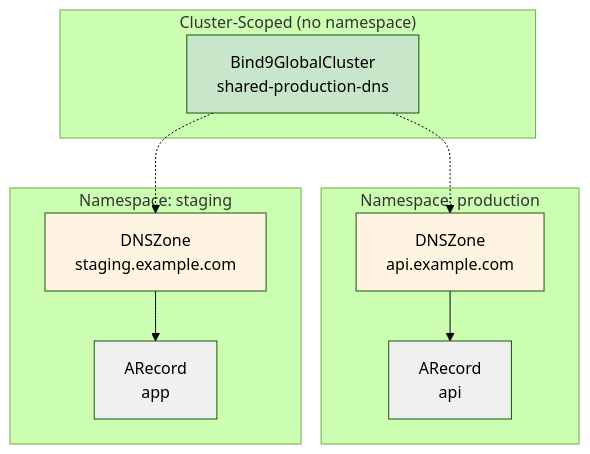
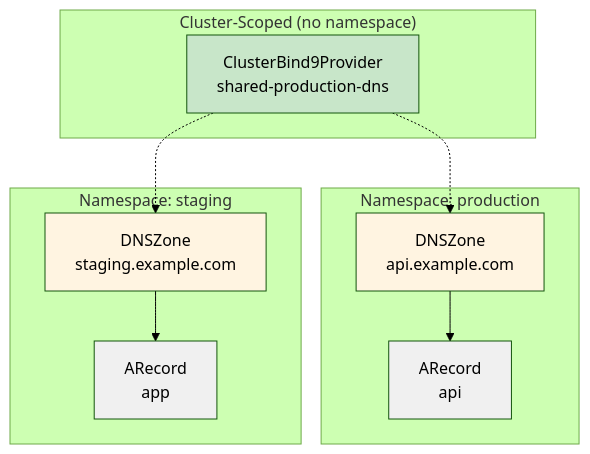
The second of 9 diagrams in docs/src/guide/architecture.md (firestoned/bindy), drawn with Mermaid (forest theme) before and after one commit. The commit also changed other lines of this file and 42 other files, not shown here.

Commit message:
Major: rename CRD Bind9GlobalCluster to ClusterBind9Provider

````diff
--- a/docs/src/guide/architecture.md
+++ b/docs/src/guide/architecture.md
@@ -79,27 +79,27 @@
 ```mermaid
 graph TB
     subgraph "Cluster-Scoped (no namespace)"
-        GlobalCluster[Bind9GlobalCluster<br/>shared-production-dns]
+        GlobalCluster[ClusterBind9Provider<br/>shared-production-dns]
     end
 
     subgraph "Namespace: production"
         Zone1[DNSZone<br/>api.example.com]
         Record1[ARecord<br/>api]
     end
 
     subgraph "Namespace: staging"
         Zone2[DNSZone<br/>staging.example.com]
         Record2[ARecord<br/>app]
     end
 
     GlobalCluster -.-> Zone1
     GlobalCluster -.-> Zone2
     Zone1 --> Record1
     Zone2 --> Record2
 
     style GlobalCluster fill:#c8e6c9
     style Zone1 fill:#fff4e1
     style Zone2 fill:#fff4e1
     style Record1 fill:#f0f0f0
     style Record2 fill:#f0f0f0
 ```
````
